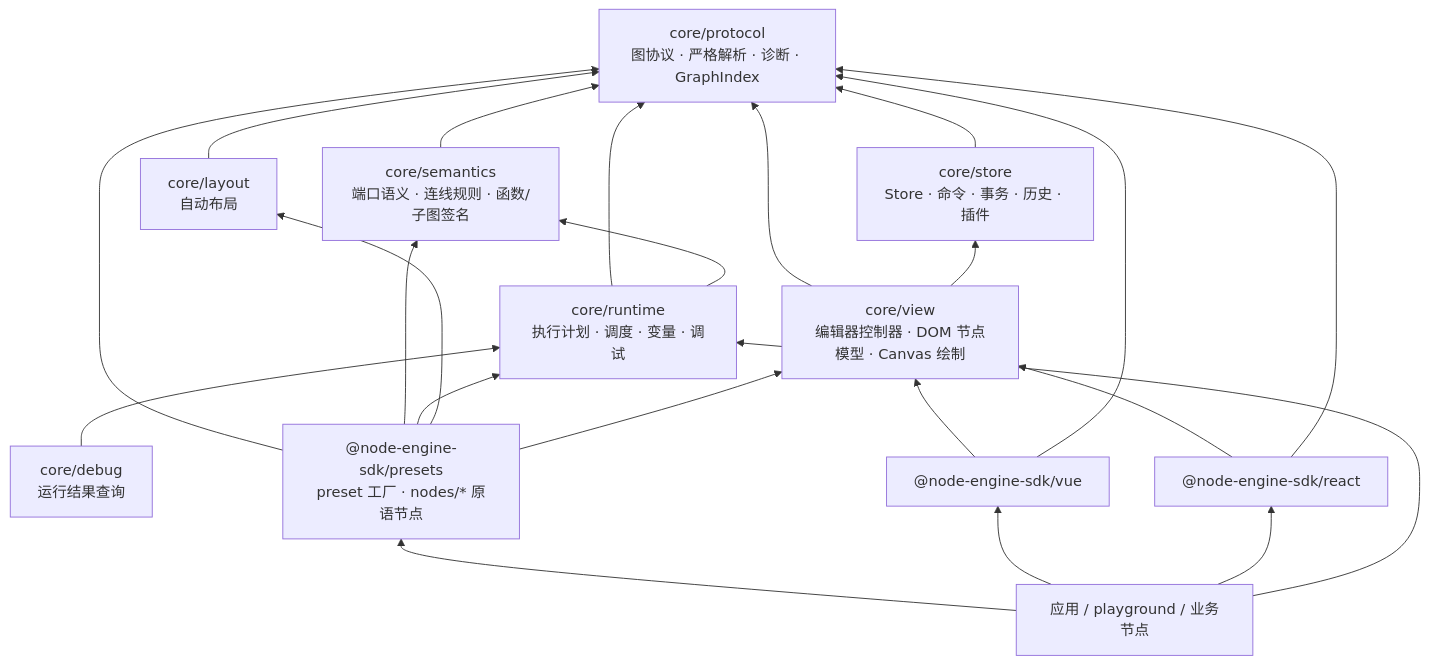
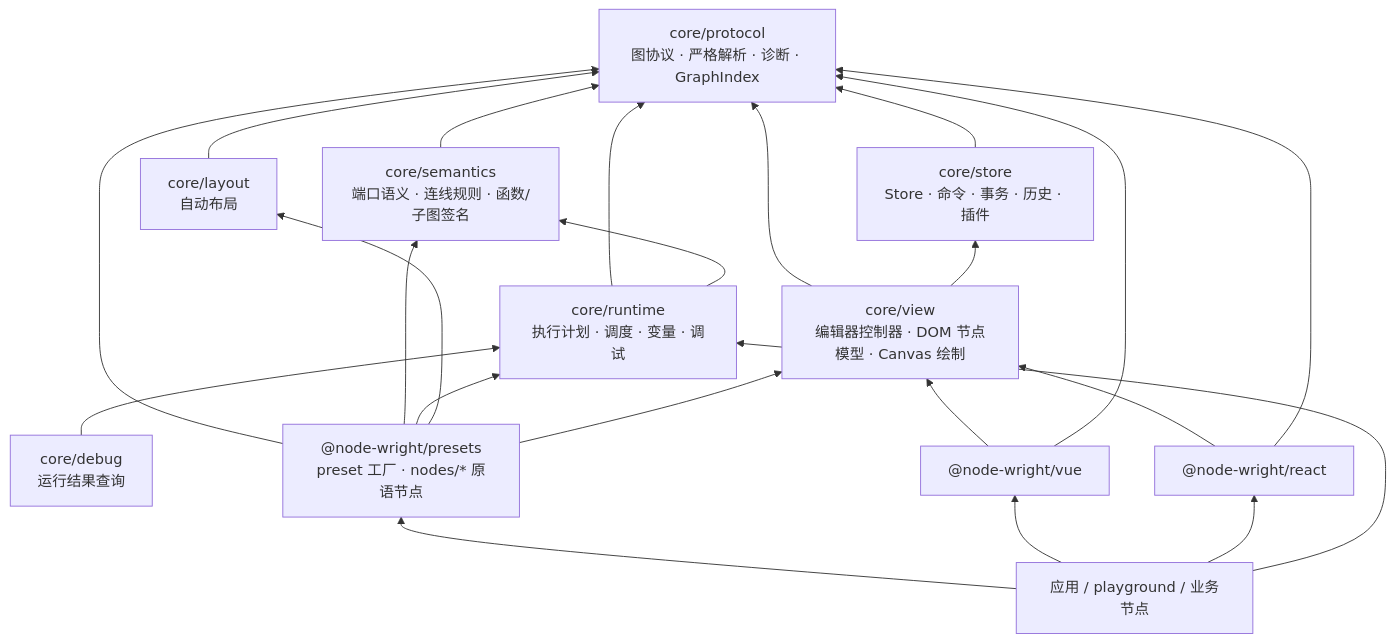
One commit to ruoyu-lab/node-engine-sdk changed the first of 3 diagrams in docs/architecture.md. Above: the diagram before and after it, drawn with Mermaid. The commit also changed other lines of this file and 298 other files, not shown here.

First line of the commit message:
chore: publish as Node Wright

````diff
--- a/docs/architecture.md
+++ b/docs/architecture.md
@@ -7,36 +7,36 @@
 ```mermaid
 flowchart BT
   protocol["core/protocol<br/>图协议 · 严格解析 · 诊断 · GraphIndex"]
   store["core/store<br/>Store · 命令 · 事务 · 历史 · 插件"]
   semantics["core/semantics<br/>端口语义 · 连线规则 · 函数/子图签名"]
   layout["core/layout<br/>自动布局"]
   runtime["core/runtime<br/>执行计划 · 调度 · 变量 · 调试"]
   debug["core/debug<br/>运行结果查询"]
   view["core/view<br/>编辑器控制器 · DOM 节点模型 · Canvas 绘制"]
-  presets["@node-engine-sdk/presets<br/>preset 工厂 · nodes/* 原语节点"]
-  vue["@node-engine-sdk/vue"]
-  react["@node-engine-sdk/react"]
+  presets["@node-wright/presets<br/>preset 工厂 · nodes/* 原语节点"]
+  vue["@node-wright/vue"]
+  react["@node-wright/react"]
   app["应用 / playground / 业务节点"]
 
   store --> protocol
   semantics --> protocol
   layout --> protocol
   runtime --> protocol
   runtime --> semantics
   debug --> runtime
   view --> protocol
   view --> store
   presets --> protocol
   presets --> semantics
   presets --> runtime
   presets --> layout
   presets --> view
   vue --> view
   vue --> protocol
   react --> view
   react --> protocol
   app --> presets
   app --> vue
   app --> react
   app --> runtime
 ```
````
